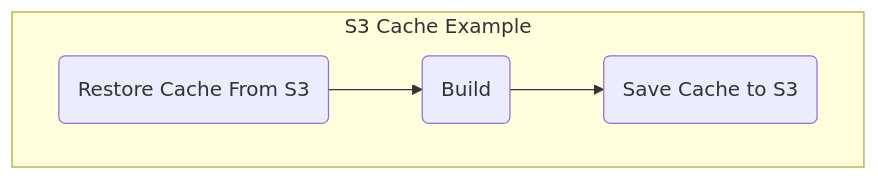
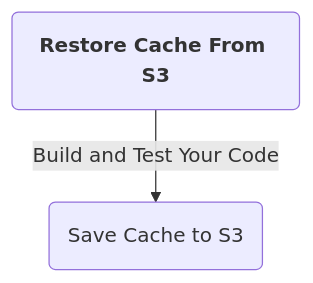
The second of 3 diagrams in docs/continuous-integration/use-ci/caching-ci-data/saving-cache.md (harness/developer-hub), drawn with Mermaid before and after one commit. The commit also changed other lines of this file, not shown here.

````diff
--- a/docs/continuous-integration/use-ci/caching-ci-data/saving-cache.md
+++ b/docs/continuous-integration/use-ci/caching-ci-data/saving-cache.md
@@ -102,10 +153,7 @@
 ```mermaid
 graph TD
-  accTitle: Single Stage Cloud Flow Chart
-  accDescr: Flow chart showing S3 cache usage in a single stage
-  subgraph S3 Cache Example
-    A(Restore Cache From S3) --> B
-    B(Build) --> C
-    C(Save Cache to S3)
-  end
+  accTitle: Restore Cache From S3
+  accDescr: Diagram showing Restore Cache From S3 step usage in a single stage
+  A(<strong>Restore Cache From S3</strong>)-- Build and Test Your Code --> B
+  B(Save Cache to S3)
 ```
````
